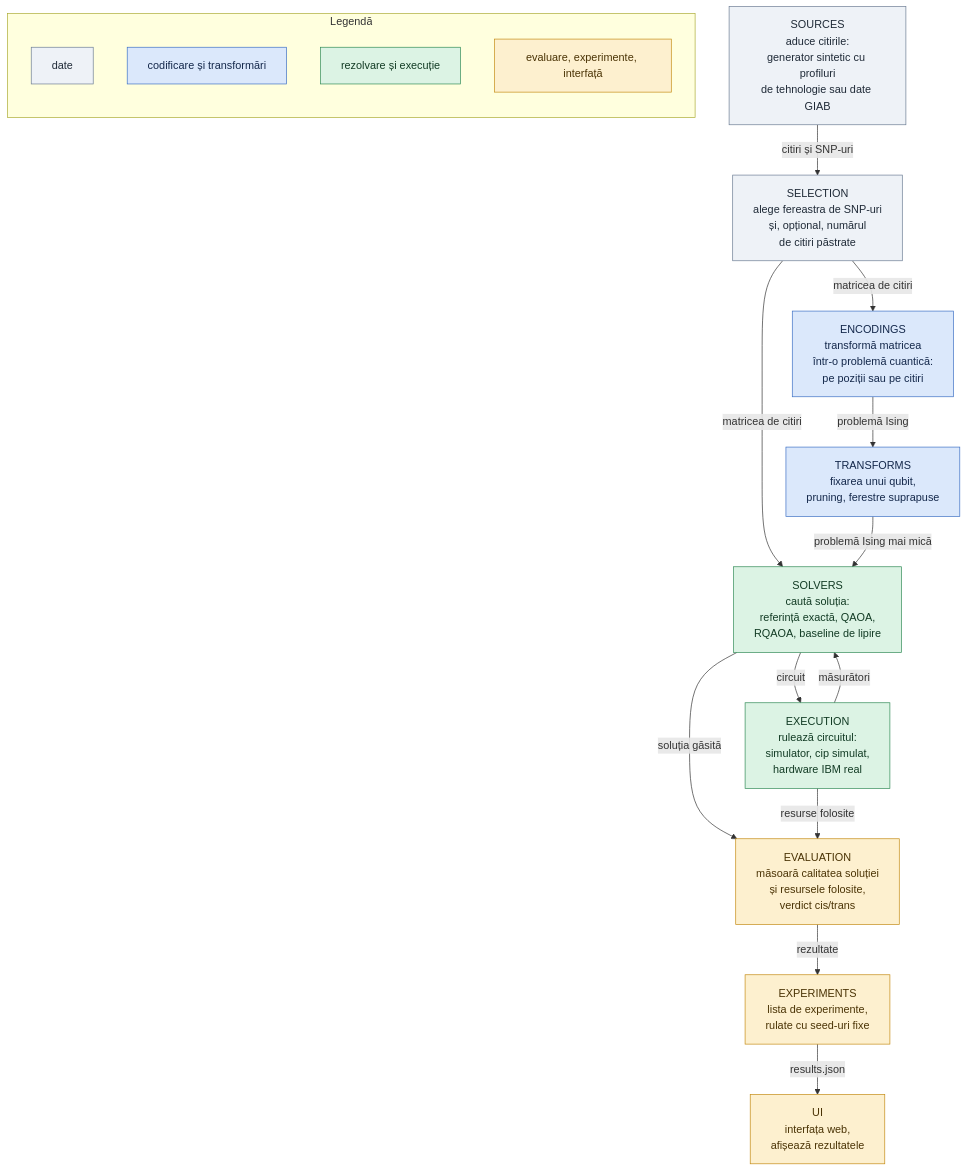
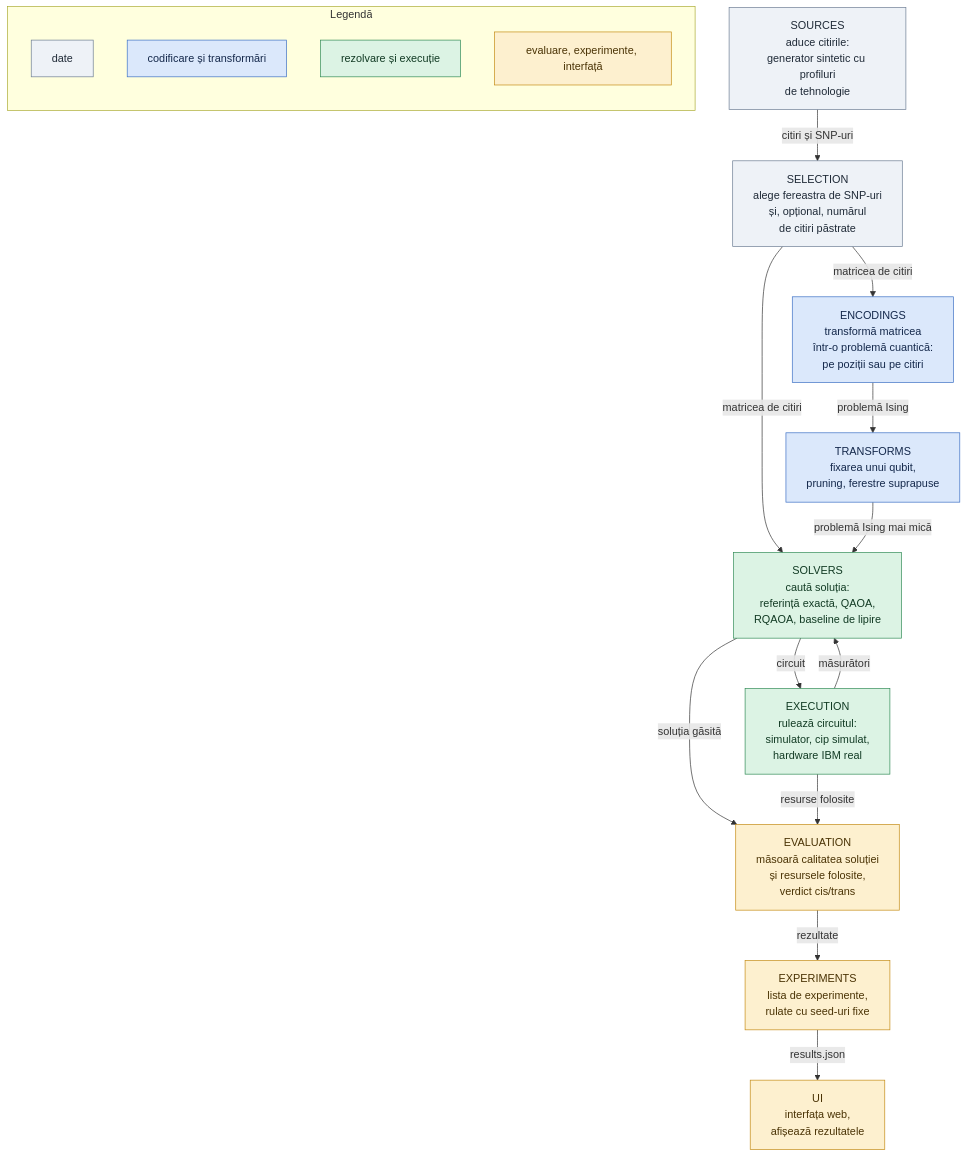
Before and after one commit to LaviniaManolescu/NeuroQ: the diagram in docs/module.md, drawn with Mermaid. The commit also changed other lines of this file and 2 other files, not shown here.

Commit message:
docs: fara date reale GIAB in hackathon; profiluri sintetice dupa valori publicate

````diff
--- a/docs/module.md
+++ b/docs/module.md
@@ -5,42 +5,42 @@
 ```mermaid
 flowchart TB
-    SRCM["SOURCES<br/>aduce citirile:<br/>generator sintetic cu profiluri<br/>de tehnologie sau date GIAB"]
+    SRCM["SOURCES<br/>aduce citirile:<br/>generator sintetic cu profiluri<br/>de tehnologie"]
     SELM["SELECTION<br/>alege fereastra de SNP-uri<br/>și, opțional, numărul<br/>de citiri păstrate"]
     ENCM["ENCODINGS<br/>transformă matricea<br/>într-o problemă cuantică:<br/>pe poziții sau pe citiri"]
     TRM["TRANSFORMS<br/>fixarea unui qubit,<br/>pruning, ferestre suprapuse"]
     SOLM["SOLVERS<br/>caută soluția:<br/>referință exactă, QAOA,<br/>RQAOA, baseline de lipire"]
     EXM["EXECUTION<br/>rulează circuitul:<br/>simulator, cip simulat,<br/>hardware IBM real"]
     EVM["EVALUATION<br/>măsoară calitatea soluției<br/>și resursele folosite,<br/>verdict cis/trans"]
     EXPM["EXPERIMENTS<br/>lista de experimente,<br/>rulate cu seed-uri fixe"]
     UIM["UI<br/>interfața web,<br/>afișează rezultatele"]
 
     SRCM -->|"citiri și SNP-uri"| SELM
     SELM -->|"matricea de citiri"| ENCM
     SELM -->|"matricea de citiri"| SOLM
     ENCM -->|"problemă Ising"| TRM
     TRM -->|"problemă Ising mai mică"| SOLM
     SOLM -->|"circuit"| EXM
     EXM -->|"măsurători"| SOLM
     SOLM -->|"soluția găsită"| EVM
     EXM -->|"resurse folosite"| EVM
     EVM -->|"rezultate"| EXPM
     EXPM -->|"results.json"| UIM
 
     subgraph LEG["Legendă"]
         direction TB
         L1["date"]
         L2["codificare și transformări"]
         L3["rezolvare și execuție"]
         L4["evaluare, experimente, interfață"]
     end
 
     classDef date fill:#eef2f7,stroke:#6b7c93,color:#1f2a37
     classDef enc fill:#dbe8fb,stroke:#3b6fc4,color:#14284b
     classDef solve fill:#dcf3e4,stroke:#2f8a55,color:#123b24
     classDef eval fill:#fdf0cf,stroke:#c48a12,color:#4a3305
 
     class SRCM,SELM,L1 date
     class ENCM,TRM,L2 enc
     class SOLM,EXM,L3 solve
     class EVM,EXPM,UIM,L4 eval
 ```
````
